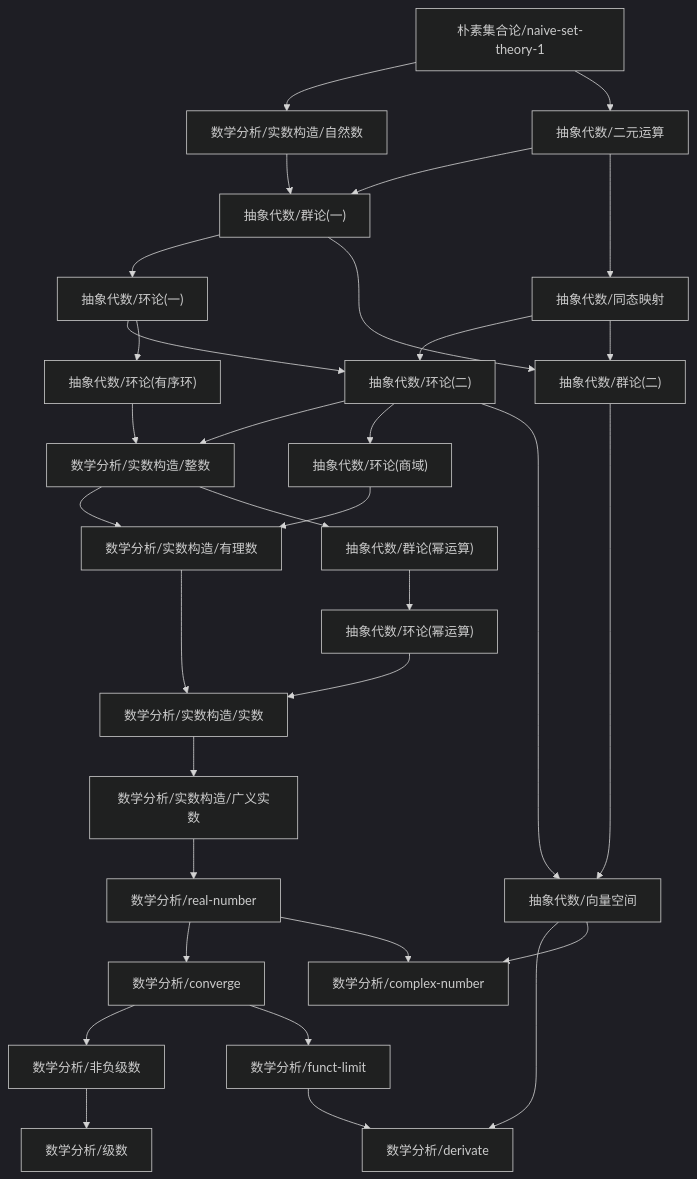
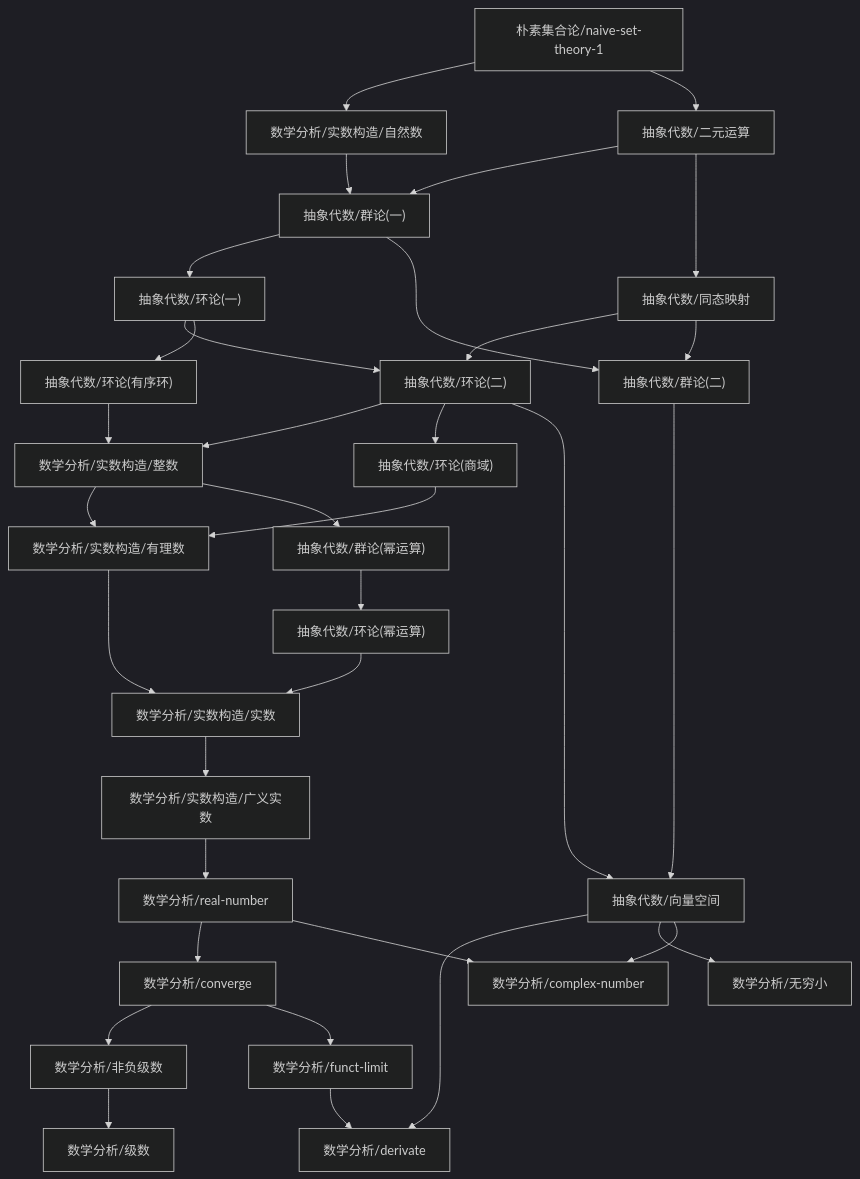
One commit to zeroDtree/zeroDtree.github.io changed the diagram in content/数学分析/dependency_graph.md. Above: the diagram before and after it, drawn with Mermaid (dark theme). The commit also changed 6 other files, not shown here.

````diff
--- a/content/数学分析/dependency_graph.md
+++ b/content/数学分析/dependency_graph.md
@@ -1,35 +1,36 @@
 ```mermaid
 graph TD
 1["数学分析/非负级数"] --> 0["数学分析/级数"]
 3["抽象代数/向量空间"] --> 2["数学分析/derivate"]
 4["数学分析/funct-limit"] --> 2["数学分析/derivate"]
 6["数学分析/real-number"] --> 5["数学分析/converge"]
 5["数学分析/converge"] --> 1["数学分析/非负级数"]
+3["抽象代数/向量空间"] --> 7["数学分析/无穷小"]
 5["数学分析/converge"] --> 4["数学分析/funct-limit"]
-6["数学分析/real-number"] --> 8["数学分析/complex-number"]
-3["抽象代数/向量空间"] --> 8["数学分析/complex-number"]
-9["数学分析/实数构造/广义实数"] --> 6["数学分析/real-number"]
-11["数学分析/实数构造/有理数"] --> 10["数学分析/实数构造/实数"]
-12["抽象代数/环论(幂运算)"] --> 10["数学分析/实数构造/实数"]
-13["数学分析/实数构造/整数"] --> 11["数学分析/实数构造/有理数"]
-14["抽象代数/环论(商域)"] --> 11["数学分析/实数构造/有理数"]
-10["数学分析/实数构造/实数"] --> 9["数学分析/实数构造/广义实数"]
-16["朴素集合论/naive-set-theory-1"] --> 15["数学分析/实数构造/自然数"]
-17["抽象代数/环论(二)"] --> 13["数学分析/实数构造/整数"]
-18["抽象代数/环论(有序环)"] --> 13["数学分析/实数构造/整数"]
-19["抽象代数/环论(一)"] --> 17["抽象代数/环论(二)"]
-20["抽象代数/同态映射"] --> 17["抽象代数/环论(二)"]
-19["抽象代数/环论(一)"] --> 18["抽象代数/环论(有序环)"]
-21["抽象代数/群论(一)"] --> 19["抽象代数/环论(一)"]
-15["数学分析/实数构造/自然数"] --> 21["抽象代数/群论(一)"]
-22["抽象代数/二元运算"] --> 21["抽象代数/群论(一)"]
-16["朴素集合论/naive-set-theory-1"] --> 22["抽象代数/二元运算"]
-22["抽象代数/二元运算"] --> 20["抽象代数/同态映射"]
-17["抽象代数/环论(二)"] --> 14["抽象代数/环论(商域)"]
-23["抽象代数/群论(幂运算)"] --> 12["抽象代数/环论(幂运算)"]
-13["数学分析/实数构造/整数"] --> 23["抽象代数/群论(幂运算)"]
-24["抽象代数/群论(二)"] --> 3["抽象代数/向量空间"]
-17["抽象代数/环论(二)"] --> 3["抽象代数/向量空间"]
-21["抽象代数/群论(一)"] --> 24["抽象代数/群论(二)"]
-20["抽象代数/同态映射"] --> 24["抽象代数/群论(二)"]
+6["数学分析/real-number"] --> 9["数学分析/complex-number"]
+3["抽象代数/向量空间"] --> 9["数学分析/complex-number"]
+10["数学分析/实数构造/广义实数"] --> 6["数学分析/real-number"]
+12["数学分析/实数构造/有理数"] --> 11["数学分析/实数构造/实数"]
+13["抽象代数/环论(幂运算)"] --> 11["数学分析/实数构造/实数"]
+14["数学分析/实数构造/整数"] --> 12["数学分析/实数构造/有理数"]
+15["抽象代数/环论(商域)"] --> 12["数学分析/实数构造/有理数"]
+11["数学分析/实数构造/实数"] --> 10["数学分析/实数构造/广义实数"]
+17["朴素集合论/naive-set-theory-1"] --> 16["数学分析/实数构造/自然数"]
+18["抽象代数/环论(二)"] --> 14["数学分析/实数构造/整数"]
+19["抽象代数/环论(有序环)"] --> 14["数学分析/实数构造/整数"]
+20["抽象代数/环论(一)"] --> 18["抽象代数/环论(二)"]
+21["抽象代数/同态映射"] --> 18["抽象代数/环论(二)"]
+20["抽象代数/环论(一)"] --> 19["抽象代数/环论(有序环)"]
+22["抽象代数/群论(一)"] --> 20["抽象代数/环论(一)"]
+16["数学分析/实数构造/自然数"] --> 22["抽象代数/群论(一)"]
+23["抽象代数/二元运算"] --> 22["抽象代数/群论(一)"]
+17["朴素集合论/naive-set-theory-1"] --> 23["抽象代数/二元运算"]
+23["抽象代数/二元运算"] --> 21["抽象代数/同态映射"]
+18["抽象代数/环论(二)"] --> 15["抽象代数/环论(商域)"]
+24["抽象代数/群论(幂运算)"] --> 13["抽象代数/环论(幂运算)"]
+14["数学分析/实数构造/整数"] --> 24["抽象代数/群论(幂运算)"]
+25["抽象代数/群论(二)"] --> 3["抽象代数/向量空间"]
+18["抽象代数/环论(二)"] --> 3["抽象代数/向量空间"]
+22["抽象代数/群论(一)"] --> 25["抽象代数/群论(二)"]
+21["抽象代数/同态映射"] --> 25["抽象代数/群论(二)"]
 ```
````
